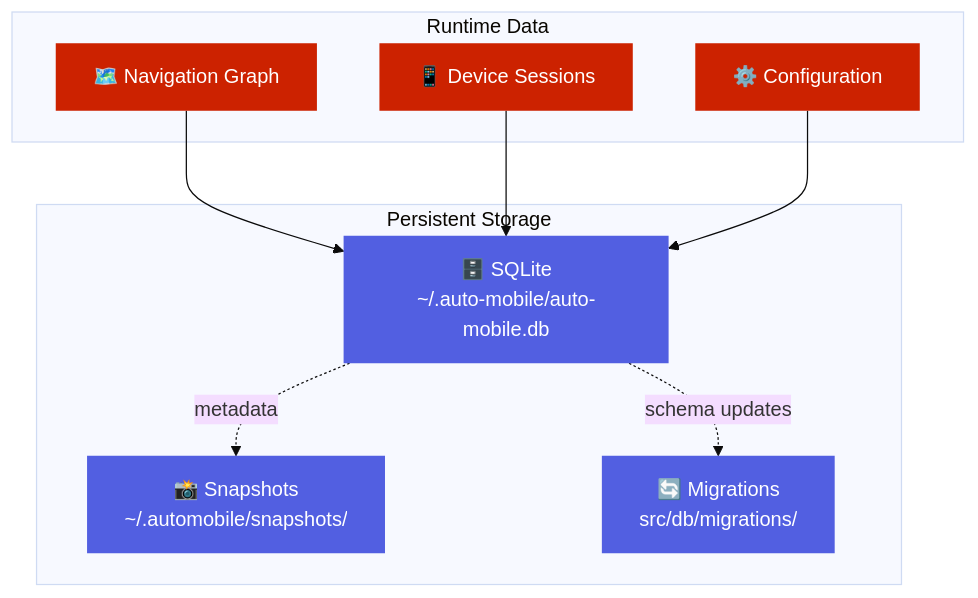
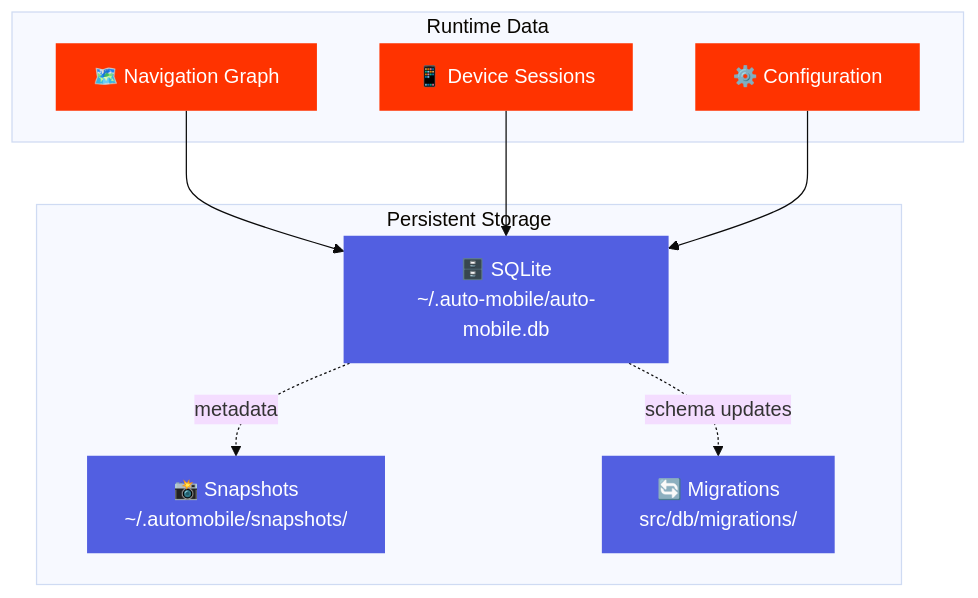
One commit to kaeawc/auto-mobile changed the first of 2 diagrams in docs/design-docs/mcp/storage/index.md. Above: the diagram before and after it, drawn with Mermaid (base theme). The commit also changed other lines of this file and 59 other files, not shown here.

````diff
--- a/docs/design-docs/mcp/storage/index.md
+++ b/docs/design-docs/mcp/storage/index.md
@@ -5,26 +9,26 @@
 ```mermaid
 flowchart TB
     subgraph Runtime["Runtime Data"]
         NavGraph["🗺️ Navigation Graph"]
         Sessions["📱 Device Sessions"]
         Config["⚙️ Configuration"]
     end
 
     subgraph Storage["Persistent Storage"]
         SQLite["🗄️ SQLite<br/>~/.auto-mobile/auto-mobile.db"]
         Snapshots["📸 Snapshots<br/>~/.automobile/snapshots/"]
         Migrations["🔄 Migrations<br/>src/db/migrations/"]
     end
 
     NavGraph --> SQLite
     Sessions --> SQLite
     Config --> SQLite
     SQLite -.->|"schema updates"| Migrations
     SQLite -.->|"metadata"| Snapshots
 
-    classDef runtime fill:#CC2200,stroke-width:0px,color:white;
+    classDef runtime fill:#FF3300,stroke-width:0px,color:white;
     classDef storage fill:#525FE1,stroke-width:0px,color:white;
 
     class NavGraph,Sessions,Config runtime;
     class SQLite,Snapshots,Migrations storage;
 ```
````
